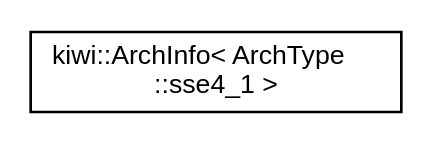
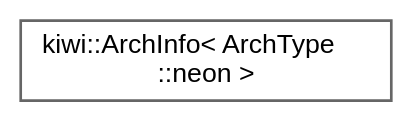
Before and after one commit to bab2min/Kiwi: the diagram in inherit_graph_7.dot, drawn with Graphviz. The commit also changed 621 other files, not shown here.

```diff
--- a/inherit_graph_7.dot
+++ b/inherit_graph_7.dot
@@ -1,8 +1,9 @@
 digraph "Graphical Class Hierarchy"
 {
  // LATEX_PDF_SIZE
-  edge [fontname="Helvetica",fontsize="10",labelfontname="Helvetica",labelfontsize="10"];
-  node [fontname="Helvetica",fontsize="10",shape=record];
+  bgcolor="transparent";
+  edge [fontname=Helvetica,fontsize=10,labelfontname=Helvetica,labelfontsize=10];
+  node [fontname=Helvetica,fontsize=10,shape=box,height=0.2,width=0.4];
   rankdir="LR";
-  Node0 [label="kiwi::ArchInfo\< ArchType\l::sse4_1 \>",height=0.2,width=0.4,color="black", fillcolor="white", style="filled",URL="$structkiwi_1_1ArchInfo_3_01ArchType_1_1sse4__1_01_4.html",tooltip=" "];
+  Node0 [id="Node000000",label="kiwi::ArchInfo\< ArchType\l::neon \>",height=0.2,width=0.4,color="grey40", fillcolor="white", style="filled",URL="$structkiwi_1_1ArchInfo_3_01ArchType_1_1neon_01_4.html",tooltip=" "];
 }
```
